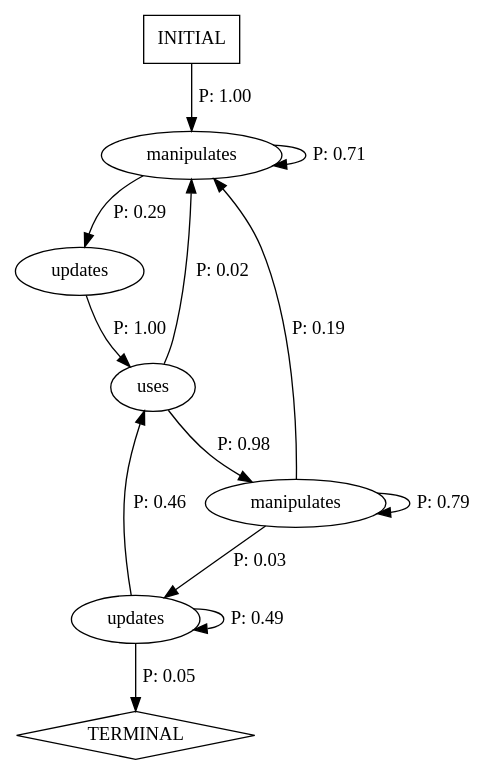
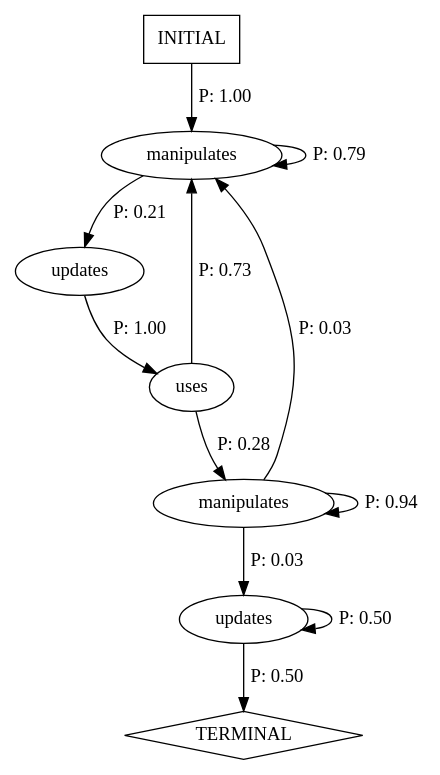
Before and after one commit to ishitachakravarthy/cs520_exercise_4_v2: the diagram in tictactoe-v02/rowGameApp-arch.dot, drawn with Graphviz. The commit also changed 1 other file, not shown here.

Commit message:
Updated model, added graph visualization

```diff
--- a/tictactoe-v02/rowGameApp-arch.dot
+++ b/tictactoe-v02/rowGameApp-arch.dot
@@ -1,21 +1,20 @@
 digraph G {
   0 [label="manipulates"];
   1 [label="manipulates"];
   2 [label="updates"];
   3 [label="updates"];
   4 [label="uses"];
   5 [label="TERMINAL",shape=diamond];
   6 [label="INITIAL",shape=box];
-0->0 [label="P: 0.71"];
-0->2 [label="P: 0.29"];
-1->0 [label="P: 0.19"];
-1->1 [label="P: 0.79"];
+0->0 [label="P: 0.79"];
+0->2 [label="P: 0.21"];
+1->0 [label="P: 0.03"];
+1->1 [label="P: 0.94"];
 1->3 [label="P: 0.03"];
 2->4 [label="P: 1.00"];
-3->3 [label="P: 0.49"];
-3->4 [label="P: 0.46"];
-3->5 [label="P: 0.05"];
-4->0 [label="P: 0.02"];
-4->1 [label="P: 0.98"];
+3->3 [label="P: 0.50"];
+3->5 [label="P: 0.50"];
+4->1 [label="P: 0.28"];
+4->0 [label="P: 0.73"];
 6->0 [label="P: 1.00"];
 }
```
